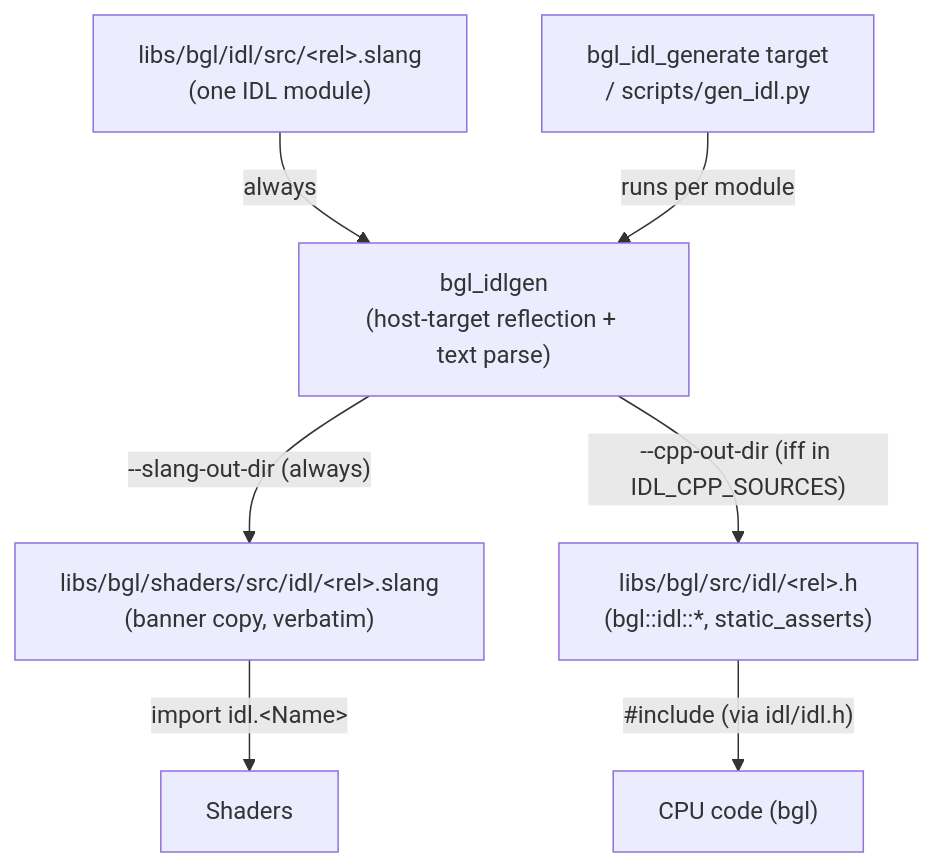
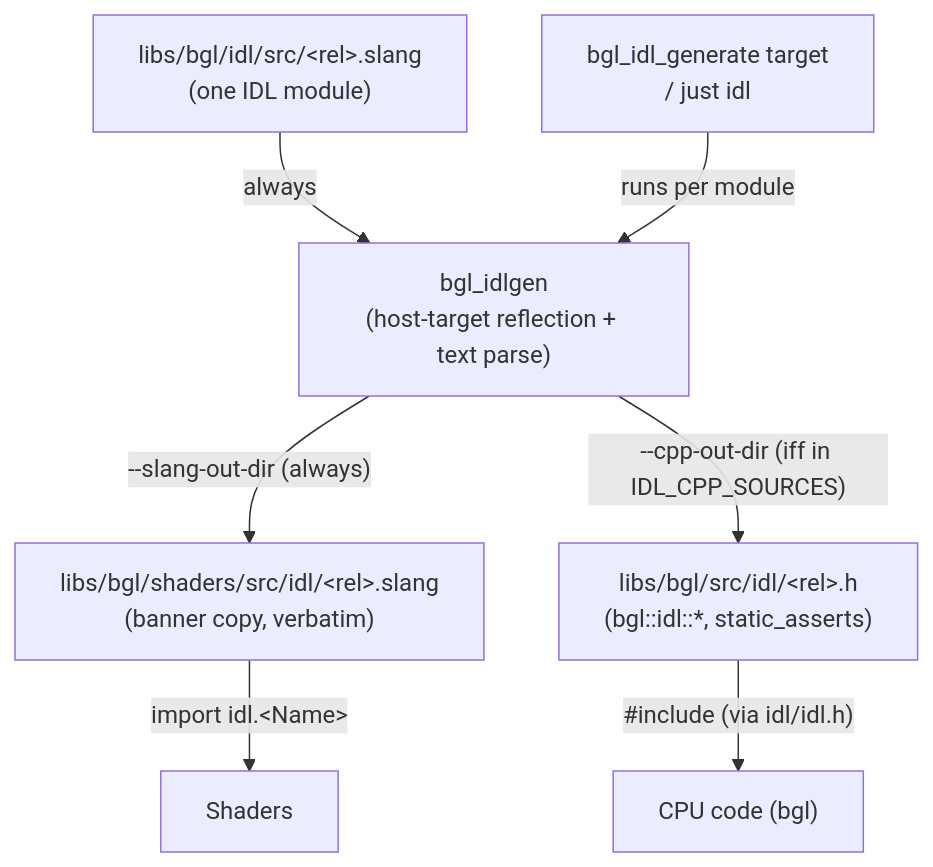
One commit to alexjiang200407/bernini changed the diagram in docs/idlgen.md. Above: the diagram before and after it, drawn with Mermaid. The commit also changed other lines of this file and 14 other files, not shown here.

````diff
--- a/docs/idlgen.md
+++ b/docs/idlgen.md
@@ -92,16 +92,16 @@
 ```mermaid
 flowchart TD
     IDL["libs/bgl/idl/src/&lt;rel&gt;.slang<br/>(one IDL module)"]
     TOOL["bgl_idlgen<br/>(host-target reflection + text parse)"]
     SLANG["libs/bgl/shaders/src/idl/&lt;rel&gt;.slang<br/>(banner copy, verbatim)"]
     CPP["libs/bgl/src/idl/&lt;rel&gt;.h<br/>(bgl::idl::*, static_asserts)"]
     SH["Shaders"]
     CX["CPU code (bgl)"]
 
     IDL -- "always" --> TOOL
     TOOL -- "--slang-out-dir (always)" --> SLANG
     TOOL -- "--cpp-out-dir (iff in IDL_CPP_SOURCES)" --> CPP
     SLANG -- "import idl.&lt;Name&gt;" --> SH
     CPP -- "#include (via idl/idl.h)" --> CX
-    CMAKE["bgl_idl_generate target<br/>/ scripts/gen_idl.py"] -- "runs per module" --> TOOL
+    CMAKE["bgl_idl_generate target<br/>/ just idl"] -- "runs per module" --> TOOL
 ```
````
